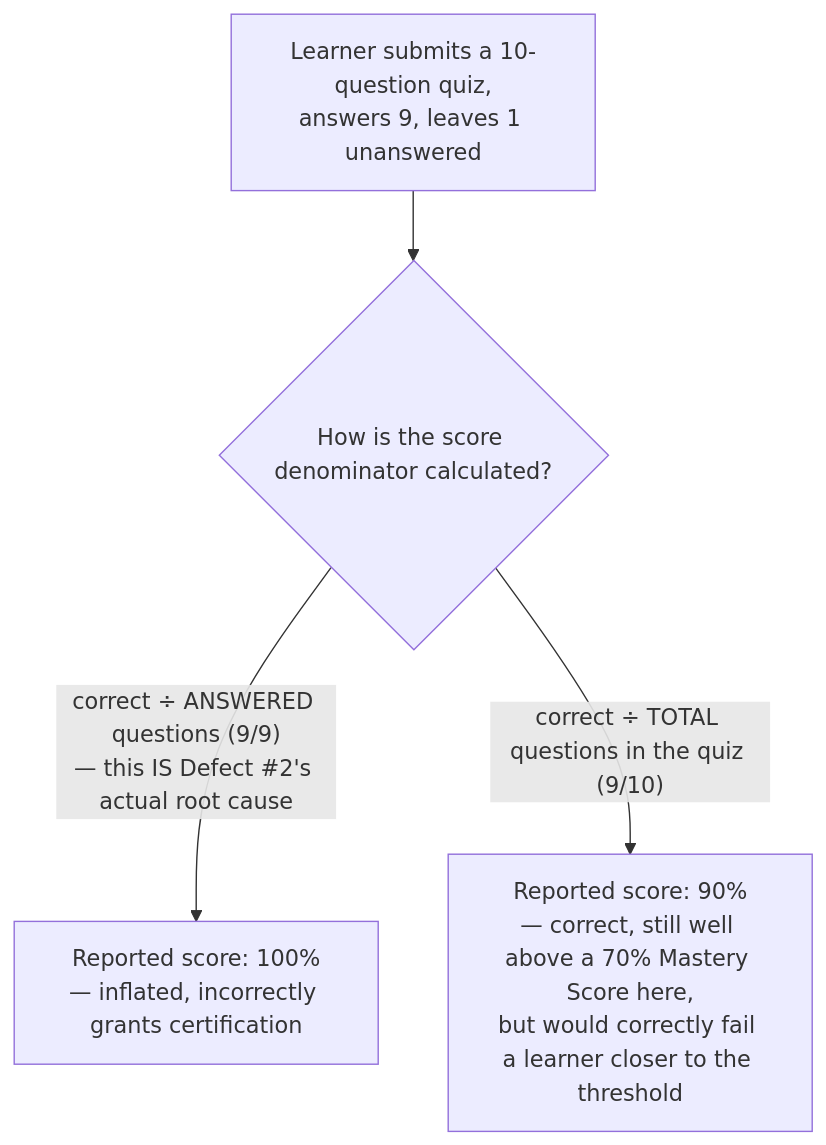
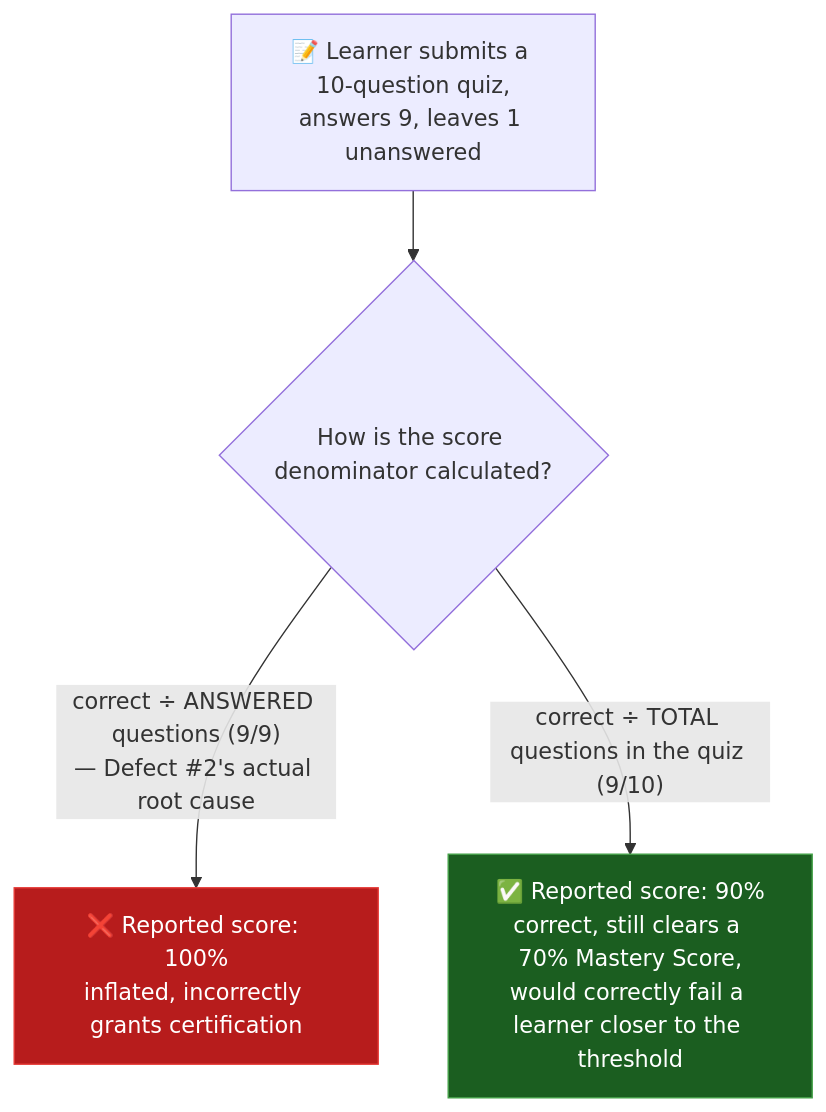
One commit to ghanendra-sdet/lms-platform changed the fifth of 5 diagrams in docs/architecture-and-flow.md. Above: the diagram before and after it, drawn with Mermaid. The commit also changed other lines of this file and 1 other file, not shown here.

First line of the commit message:
docs: enrich architecture/tech-and-skills diagrams, fix a coverage overclaim

````diff
--- a/docs/architecture-and-flow.md
+++ b/docs/architecture-and-flow.md
@@ -125,6 +135,11 @@
 ```mermaid
 flowchart TD
-    Submit["Learner submits a 10-question quiz,<br/>answers 9, leaves 1 unanswered"] --> Calc{"How is the score denominator calculated?"}
-    Calc -->|"correct ÷ ANSWERED questions (9/9)<br/>— this IS Defect #2's actual root cause"| Wrong["Reported score: 100%<br/>— inflated, incorrectly grants certification"]
-    Calc -->|"correct ÷ TOTAL questions in the quiz (9/10)"| Right["Reported score: 90%<br/>— correct, still well above a 70% Mastery Score here,<br/>but would correctly fail a learner closer to the threshold"]
+    Submit["📝 Learner submits a 10-question quiz,<br/>answers 9, leaves 1 unanswered"] --> Calc{"How is the score denominator calculated?"}
+    Calc -->|"correct ÷ ANSWERED questions (9/9)<br/>— Defect #2's actual root cause"| Wrong["❌ Reported score: 100%<br/>inflated, incorrectly grants certification"]
+    Calc -->|"correct ÷ TOTAL questions in the quiz (9/10)"| Right["✅ Reported score: 90%<br/>correct, still clears a 70% Mastery Score,<br/>would correctly fail a learner closer to the threshold"]
+
+    classDef bad fill:#b71c1c,stroke:#e53935,color:#fff
+    classDef good fill:#1b5e20,stroke:#43a047,color:#fff
+    class Wrong bad
+    class Right good
 ```
````
